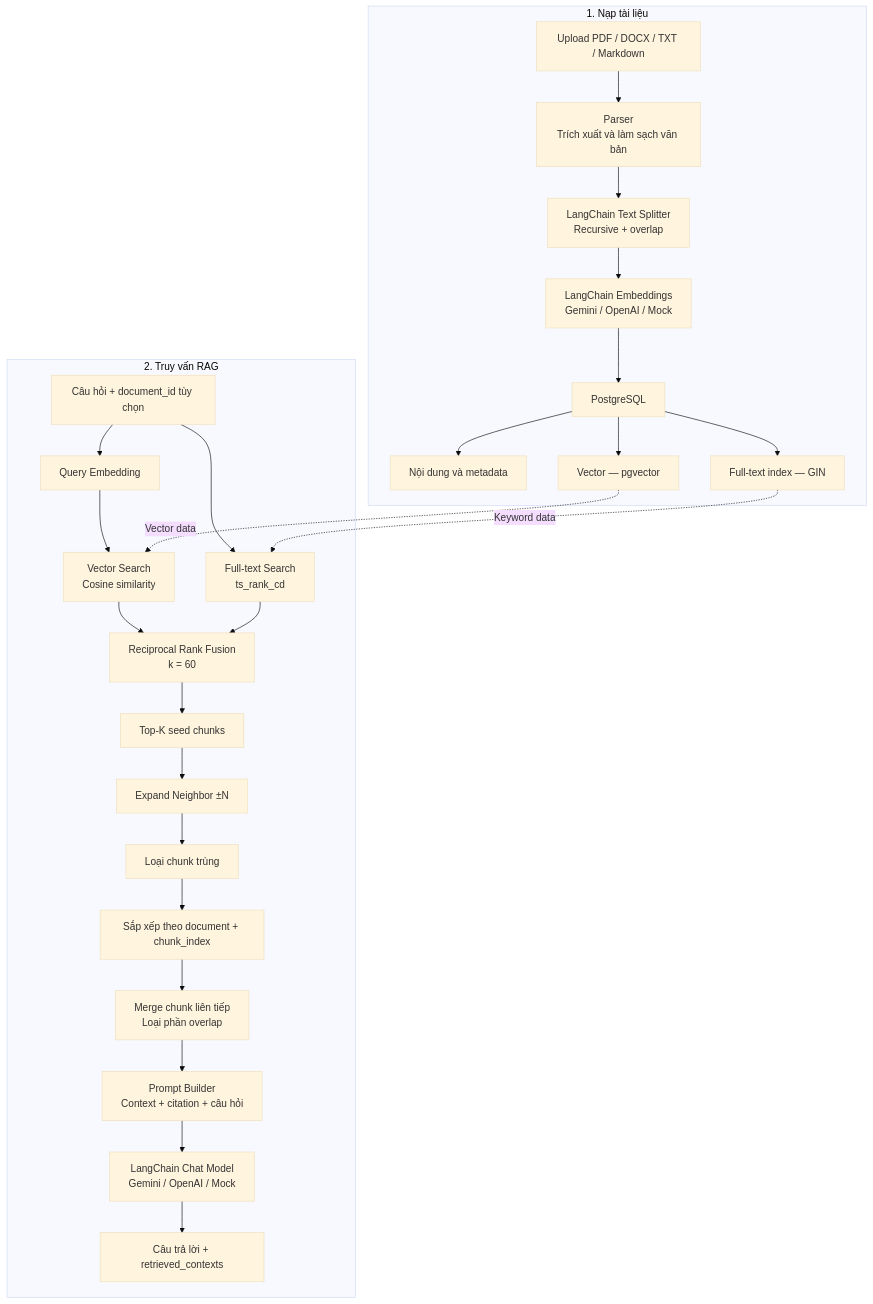
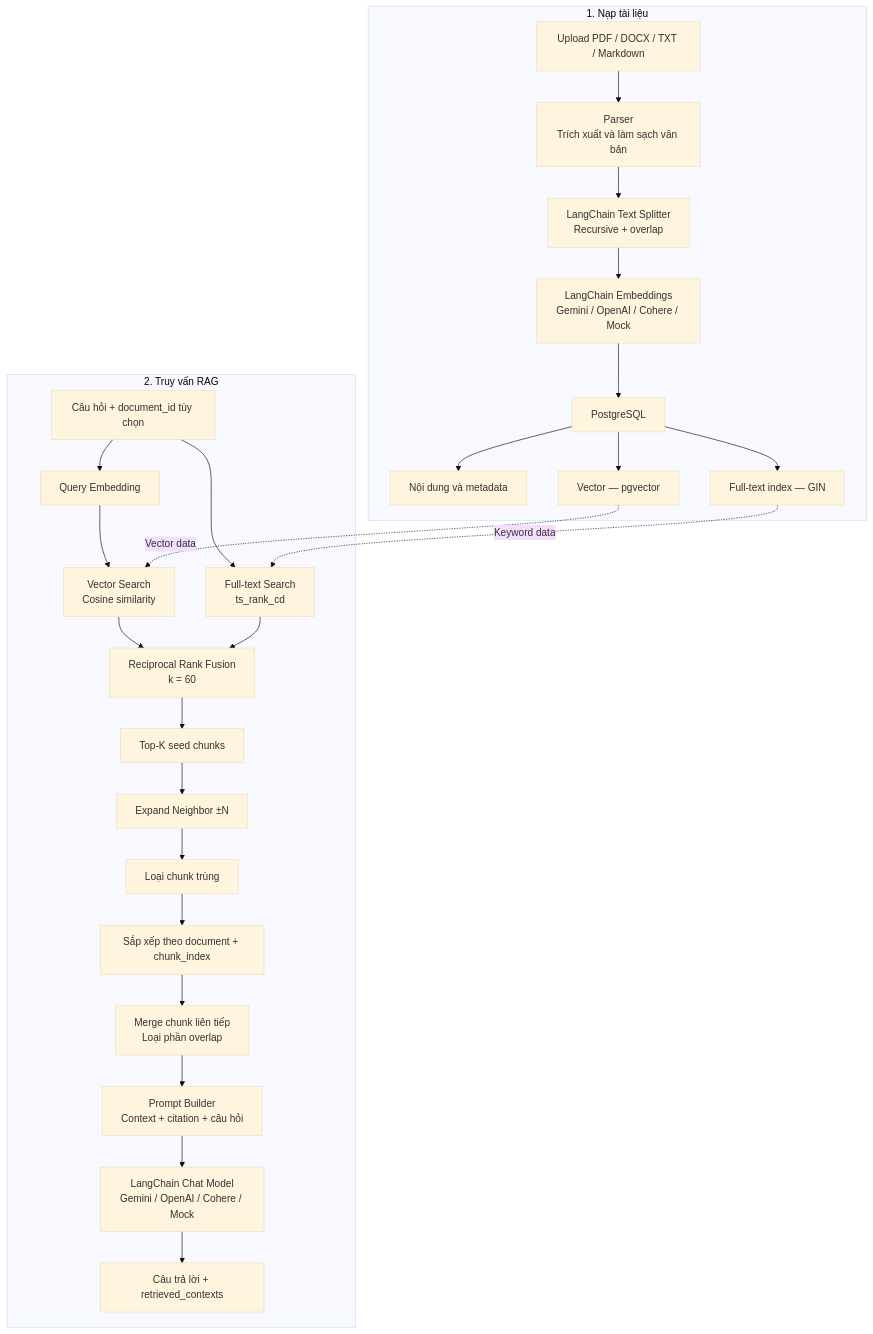
The third of 7 diagrams in docs/RAG_Architecture_Design.md (NDQuynh259/ragflow-api), drawn with Mermaid (base theme) before and after one commit. The commit also changed other lines of this file and 9 other files, not shown here.

Commit message:
feat: Add support for Cohere as an embedding and LLM provider, update configuration and documentation

````diff
--- a/docs/RAG_Architecture_Design.md
+++ b/docs/RAG_Architecture_Design.md
@@ -118,31 +118,31 @@
 ```mermaid
 flowchart TD
     subgraph INGEST["1. Nạp tài liệu"]
         A["Upload PDF / DOCX / TXT / Markdown"] --> B["Parser<br/>Trích xuất và làm sạch văn bản"]
         B --> C["LangChain Text Splitter<br/>Recursive + overlap"]
-        C --> D["LangChain Embeddings<br/>Gemini / OpenAI / Mock"]
+        C --> D["LangChain Embeddings<br/>Gemini / OpenAI / Cohere / Mock"]
         D --> E["PostgreSQL"]
         E --> E1["Nội dung và metadata"]
         E --> E2["Vector — pgvector"]
         E --> E3["Full-text index — GIN"]
     end
 
     subgraph QUERY["2. Truy vấn RAG"]
         Q["Câu hỏi + document_id tùy chọn"] --> QE["Query Embedding"]
         QE --> VS["Vector Search<br/>Cosine similarity"]
         Q --> FS["Full-text Search<br/>ts_rank_cd"]
         VS --> RRF["Reciprocal Rank Fusion<br/>k = 60"]
         FS --> RRF
         RRF --> TOP["Top-K seed chunks"]
         TOP --> NB["Expand Neighbor ±N"]
         NB --> DD["Loại chunk trùng"]
         DD --> SORT["Sắp xếp theo document + chunk_index"]
         SORT --> MERGE["Merge chunk liên tiếp<br/>Loại phần overlap"]
         MERGE --> PROMPT["Prompt Builder<br/>Context + citation + câu hỏi"]
-        PROMPT --> LLM["LangChain Chat Model<br/>Gemini / OpenAI / Mock"]
+        PROMPT --> LLM["LangChain Chat Model<br/>Gemini / OpenAI / Cohere / Mock"]
         LLM --> RES["Câu trả lời + retrieved_contexts"]
     end
 
     E2 -. "Vector data" .-> VS
     E3 -. "Keyword data" .-> FS
 ```
````
